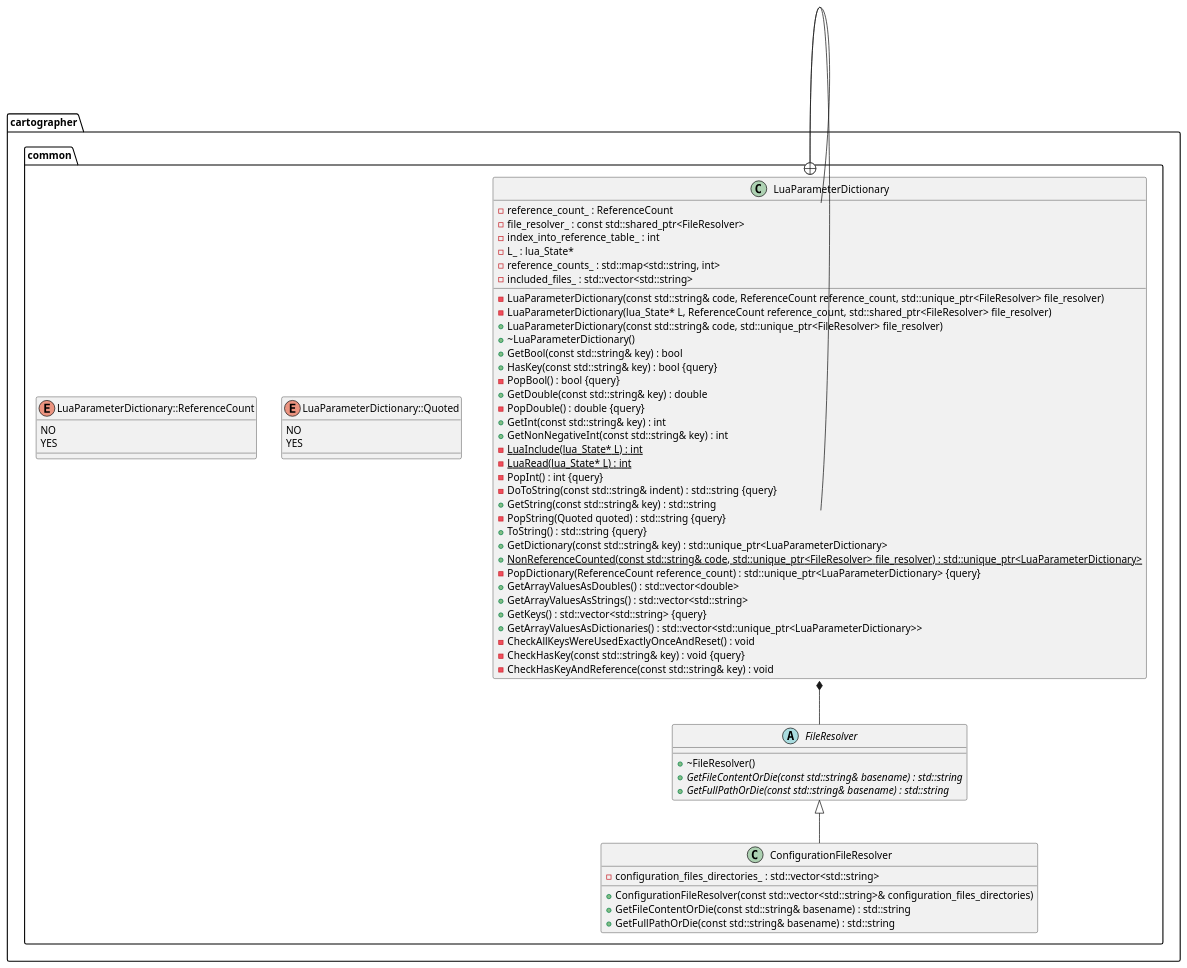
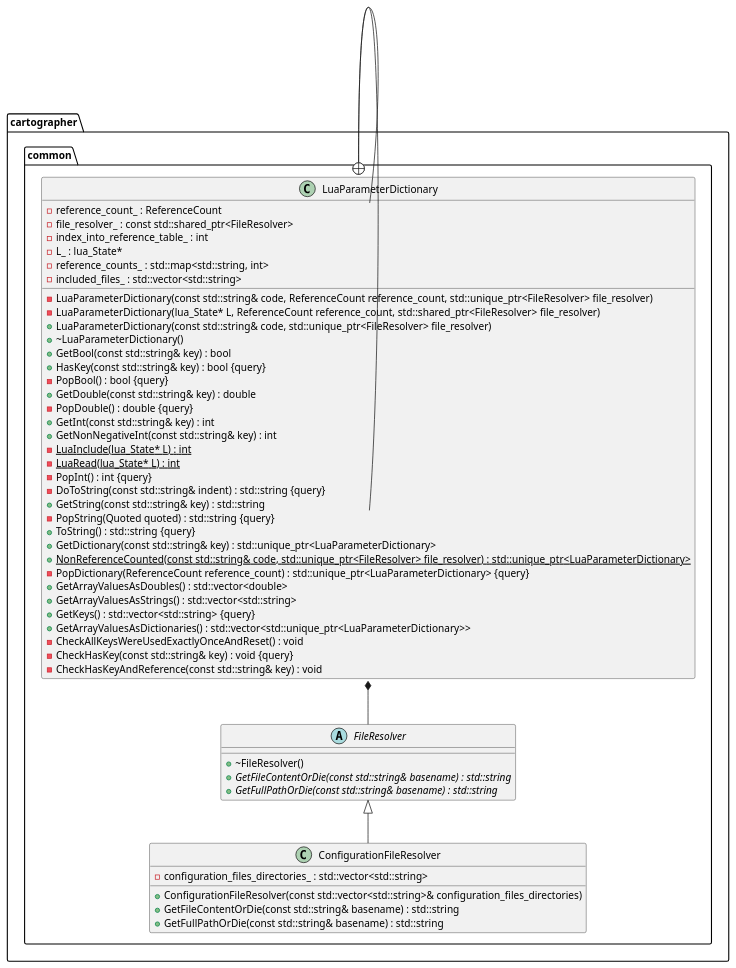
One commit to Ts-sound/cartographer changed the diagram in 0.study/cartographer/assets/puml/common/file_resolver.puml. Above: the diagram before and after it, drawn with PlantUML. The commit also changed 8 other files, not shown here.

Commit message:
Add PlantUML support, update documentation, and clean up code

```diff
--- a/0.study/cartographer/assets/puml/common/file_resolver.puml
+++ b/0.study/cartographer/assets/puml/common/file_resolver.puml
@@ -1,104 +1,95 @@
 @startuml
 
 
 
 
 
 /' Objects '/
 
 namespace cartographer {
 	namespace common {
 		class ConfigurationFileResolver {
 			+ConfigurationFileResolver(const std::vector<std::string>& configuration_files_directories)
 			+GetFileContentOrDie(const std::string& basename) : std::string
 			+GetFullPathOrDie(const std::string& basename) : std::string
 			-configuration_files_directories_ : std::vector<std::string>
 		}
 
 		abstract class FileResolver {
 			+~FileResolver()
 			+{abstract} GetFileContentOrDie(const std::string& basename) : std::string
 			+{abstract} GetFullPathOrDie(const std::string& basename) : std::string
 		}
 
 		class LuaParameterDictionary {
 			-LuaParameterDictionary(const std::string& code, ReferenceCount reference_count, std::unique_ptr<FileResolver> file_resolver)
 			-LuaParameterDictionary(lua_State* L, ReferenceCount reference_count, std::shared_ptr<FileResolver> file_resolver)
 			+LuaParameterDictionary(const std::string& code, std::unique_ptr<FileResolver> file_resolver)
 			+~LuaParameterDictionary()
 			-reference_count_ : ReferenceCount
 			+GetBool(const std::string& key) : bool
 			+HasKey(const std::string& key) : bool {query}
 			-PopBool() : bool {query}
 			-file_resolver_ : const std::shared_ptr<FileResolver>
 			+GetDouble(const std::string& key) : double
 			-PopDouble() : double {query}
 			+GetInt(const std::string& key) : int
 			+GetNonNegativeInt(const std::string& key) : int
 			-{static} LuaInclude(lua_State* L) : int
 			-{static} LuaRead(lua_State* L) : int
 			-PopInt() : int {query}
 			-index_into_reference_table_ : int
 			-L_ : lua_State*
 			-reference_counts_ : std::map<std::string, int>
 			-DoToString(const std::string& indent) : std::string {query}
 			+GetString(const std::string& key) : std::string
 			-PopString(Quoted quoted) : std::string {query}
 			+ToString() : std::string {query}
 			+GetDictionary(const std::string& key) : std::unique_ptr<LuaParameterDictionary>
 			+{static} NonReferenceCounted(const std::string& code, std::unique_ptr<FileResolver> file_resolver) : std::unique_ptr<LuaParameterDictionary>
 			-PopDictionary(ReferenceCount reference_count) : std::unique_ptr<LuaParameterDictionary> {query}
 			+GetArrayValuesAsDoubles() : std::vector<double>
 			+GetArrayValuesAsStrings() : std::vector<std::string>
 			+GetKeys() : std::vector<std::string> {query}
 			-included_files_ : std::vector<std::string>
 			+GetArrayValuesAsDictionaries() : std::vector<std::unique_ptr<LuaParameterDictionary>>
 			-CheckAllKeysWereUsedExactlyOnceAndReset() : void
 			-CheckHasKey(const std::string& key) : void {query}
 			-CheckHasKeyAndReference(const std::string& key) : void
 		}
 
-		enum LuaParameterDictionary::Quoted {
-			NO
-			YES
-		}
-
-		enum LuaParameterDictionary::ReferenceCount {
-			NO
-			YES
-		}
 	}
 }
 
 
 
 
 
 /' Inheritance relationships '/
 
 cartographer.common.FileResolver <|-- cartographer.common.ConfigurationFileResolver
 
 
 
 
 
 /' Aggregation relationships '/
 
 cartographer.common.LuaParameterDictionary *-- cartographer.common.FileResolver
 
 
 
 
 
 
 /' Nested objects '/
 
 cartographer.common.LuaParameterDictionary +-- cartographer.common.LuaParameterDictionary::Quoted
 
 
 cartographer.common.LuaParameterDictionary +-- cartographer.common.LuaParameterDictionary::ReferenceCount
 
 
 
 
 @enduml
```
